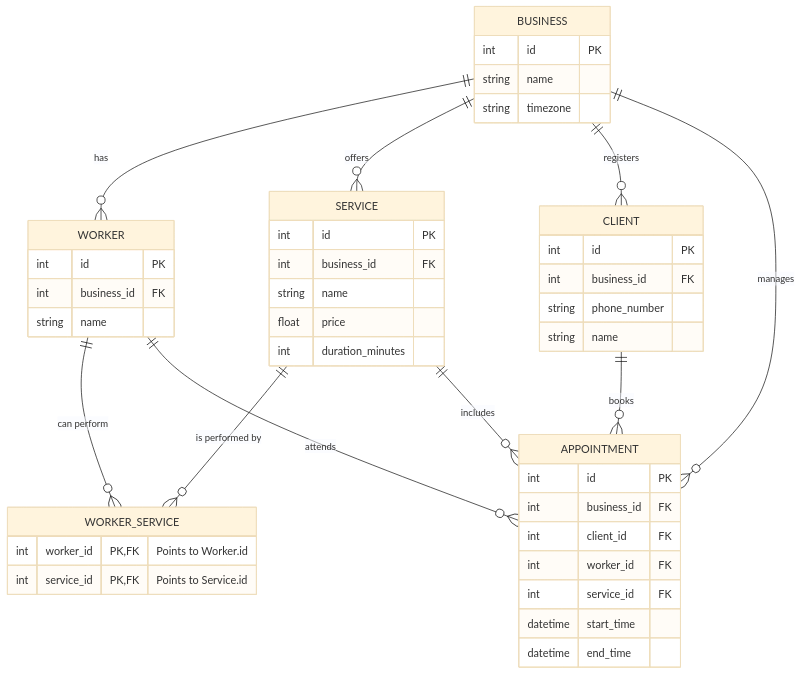
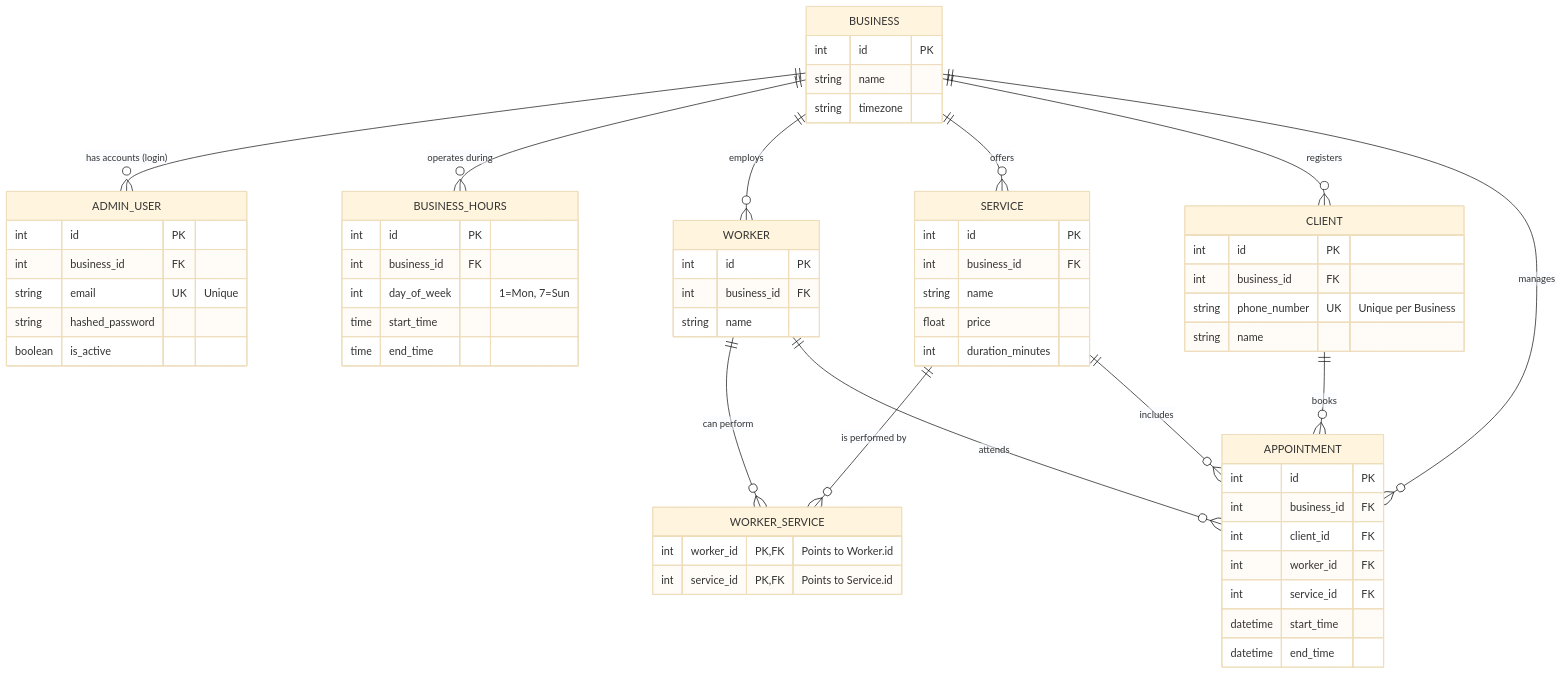
The diagram in README.md (javiperezdev/assistantfy-showcase), drawn with Mermaid (base theme) before and after one commit.

Commit message:
Update database schema for the front end integration

````diff
--- a/README.md
+++ b/README.md
@@ -24,61 +24,81 @@
 ``` mermaid
 erDiagram
-    %% Core Tenant
+    %% CORE TENANT & AUTHENTICATION
     BUSINESS {
         int id PK
         string name
         string timezone
     }
 
+    ADMIN_USER {
+        int id PK
+        int business_id FK
+        string email UK "Unique"
+        string hashed_password
+        boolean is_active
+    }
+
+    BUSINESS_HOURS {
+        int id PK
+        int business_id FK
+        int day_of_week "1=Mon, 7=Sun"
+        time start_time
+        time end_time
+    }
+
+    %% RESOURCES & SKILLS
     WORKER {
         int id PK
         int business_id FK
         string name
     }
 
     SERVICE {
         int id PK
         int business_id FK
         string name 
         float price 
         int duration_minutes 
     }
 
-    %% Skill-based routing (Junction Table)
     WORKER_SERVICE {
         int worker_id PK,FK "Points to Worker.id"
         int service_id PK,FK "Points to Service.id"
     }
 
+    %% CUSTOMERS
     CLIENT {
         int id PK
         int business_id FK
-        string phone_number
+        string phone_number UK "Unique per Business"
         string name
     }
     
+    %% TRANSACTIONS 
     APPOINTMENT {
         int id PK
         int business_id FK
         int client_id FK
         int worker_id FK
         int service_id FK
         datetime start_time 
-        datetime end_time 
+        datetime end_time
     }
 
-    %% Relationships
-    BUSINESS ||--o{ WORKER : "has"
+    %% RELATIONSHIPS
+    BUSINESS ||--o{ ADMIN_USER : "has accounts (login)"
+    BUSINESS ||--o{ BUSINESS_HOURS : "operates during"
+    BUSINESS ||--o{ WORKER : "employs"
     BUSINESS ||--o{ SERVICE : "offers"
     BUSINESS ||--o{ CLIENT : "registers"
     BUSINESS ||--o{ APPOINTMENT : "manages"
     
-    %% Many-to-Many resolution
+    %% MANY-TO-MANY RESOLUTION
     WORKER ||--o{ WORKER_SERVICE : "can perform"
     SERVICE ||--o{ WORKER_SERVICE : "is performed by"
 
-    %% Appointment relationships
+    %% APPOINTMENT RELATIONSHIPS
     CLIENT ||--o{ APPOINTMENT : "books"
     WORKER ||--o{ APPOINTMENT : "attends"
     SERVICE ||--o{ APPOINTMENT : "includes"
 ```
````
